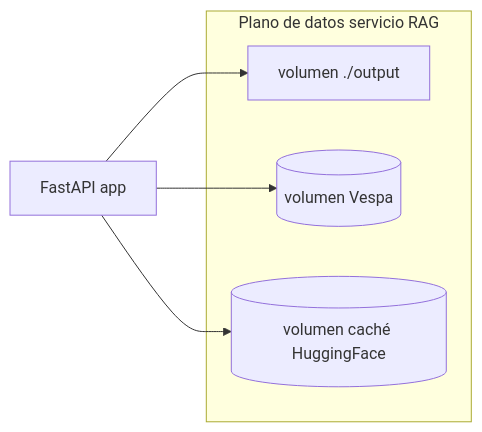
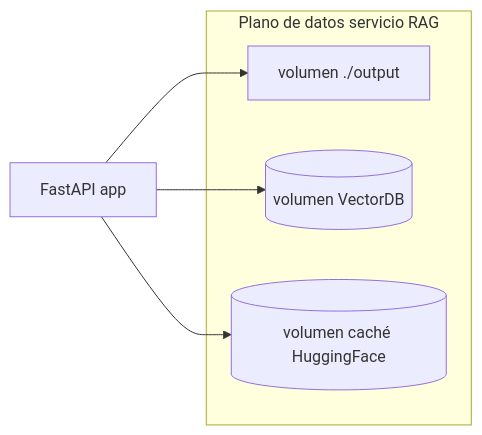
Before and after one commit to 13g4d0/docu-es: the second of 2 diagrams in docs/as-built/data-and-storage.md, drawn with Mermaid. The commit also changed other lines of this file and 15 other files, not shown here.

````diff
--- a/docs/as-built/data-and-storage.md
+++ b/docs/as-built/data-and-storage.md
@@ -59,12 +59,12 @@
 ```mermaid
 flowchart LR
   subgraph identia_data [Plano de datos servicio RAG]
     OUT[volumen ./output]
-    VDB[(volumen Vespa)]
+    VDB[(volumen VectorDB)]
     HF[(volumen caché HuggingFace)]
   end
 
   API[FastAPI app] --> OUT
   API --> VDB
   API --> HF
 ```
````
